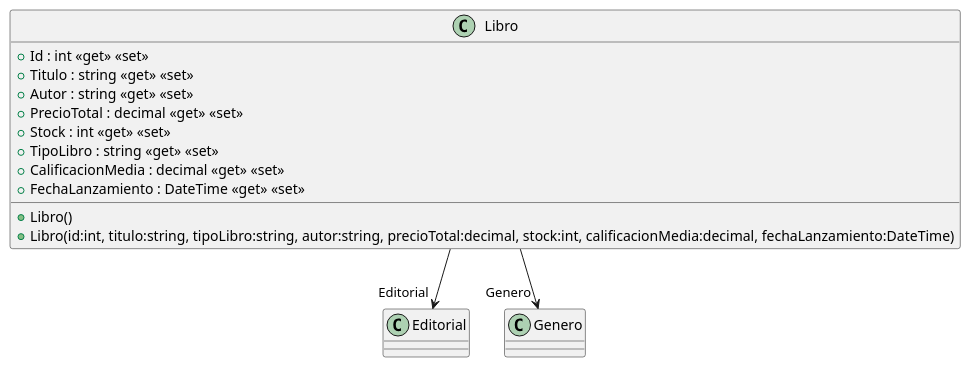
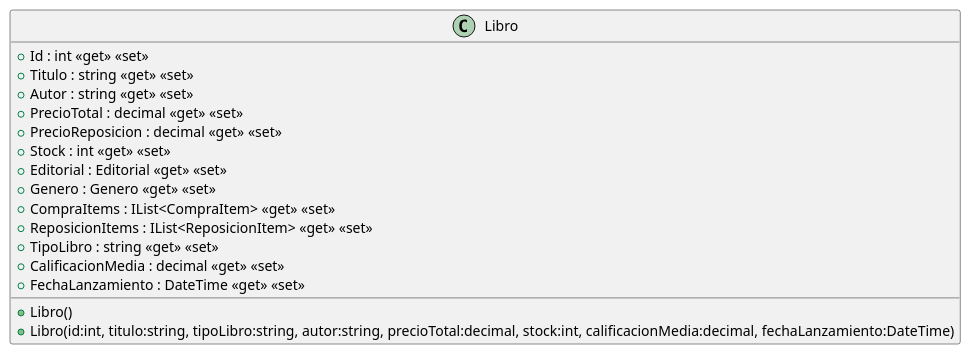
The diagram in src/AppForSEII.API/ClassDiagram/Libro.puml (ISII2627LosElnes/ISII2627LosElnes), drawn with PlantUML before and after one commit. The commit also changed 12 other files, not shown here.

Commit message:
Creación de la relación entre Libro y ReposicionItem

```diff
--- a/src/AppForSEII.API/ClassDiagram/Libro.puml
+++ b/src/AppForSEII.API/ClassDiagram/Libro.puml
@@ -1,18 +1,19 @@
 @startuml
-
 class Libro {
     + Libro()
     + Libro(id:int, titulo:string, tipoLibro:string, autor:string, precioTotal:decimal, stock:int, calificacionMedia:decimal, fechaLanzamiento:DateTime)
     + Id : int <<get>> <<set>>
     + Titulo : string <<get>> <<set>>
     + Autor : string <<get>> <<set>>
     + PrecioTotal : decimal <<get>> <<set>>
+    + PrecioReposicion : decimal <<get>> <<set>>
     + Stock : int <<get>> <<set>>
+    + Editorial : Editorial <<get>> <<set>>
+    + Genero : Genero <<get>> <<set>>
+    + CompraItems : IList<CompraItem> <<get>> <<set>>
+    + ReposicionItems : IList<ReposicionItem> <<get>> <<set>>
     + TipoLibro : string <<get>> <<set>>
     + CalificacionMedia : decimal <<get>> <<set>>
     + FechaLanzamiento : DateTime <<get>> <<set>>
 }
-Libro --> "Editorial" Editorial
-Libro --> "Genero" Genero
-
 @enduml
```
